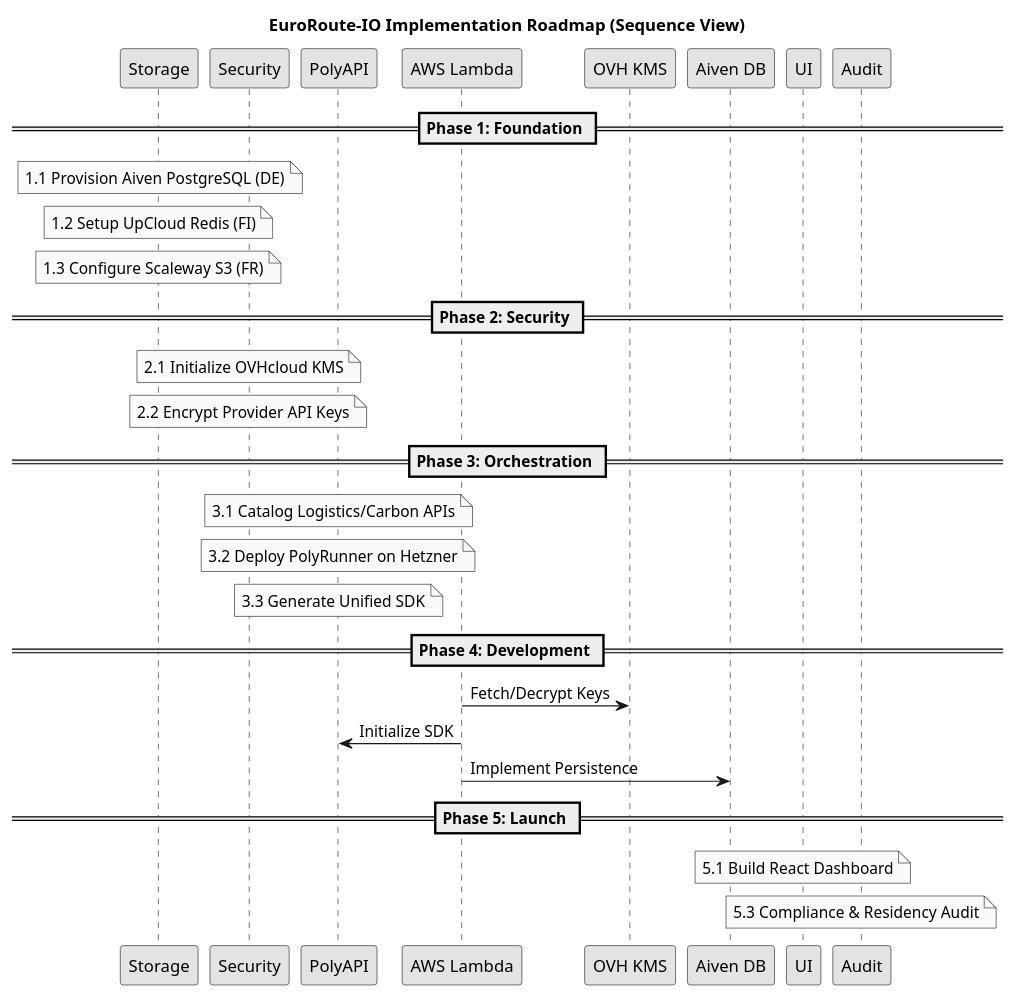
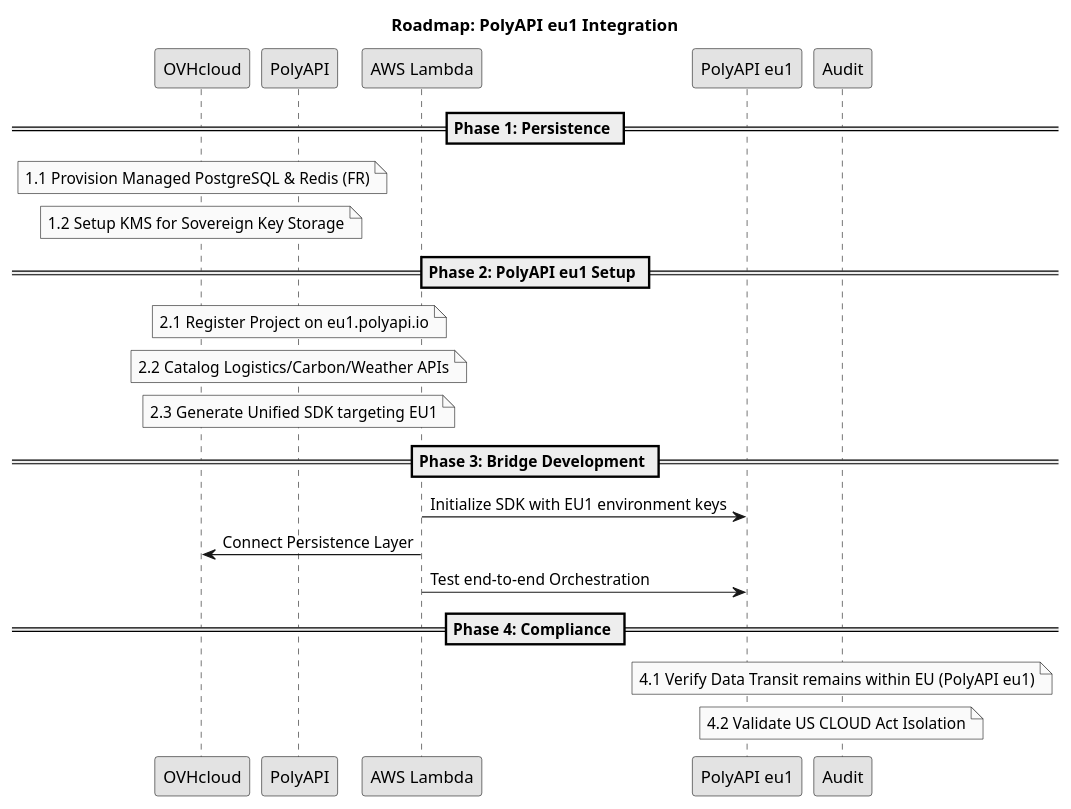
The diagram in roadmap.puml (ProductDock/green-logistics-optimizer), drawn with PlantUML before and after one commit. The commit also changed 3 other files, not shown here.

```diff
--- a/roadmap.puml
+++ b/roadmap.puml
@@ -1,29 +1,24 @@
 @startuml
 skinparam monochrome true
 skinparam shadowing false
 
-title EuroRoute-IO Implementation Roadmap (Sequence View)
+title Roadmap: PolyAPI eu1 Integration
 
-== Phase 1: Foundation ==
-Note over "Storage": 1.1 Provision Aiven PostgreSQL (DE)
-Note over "Storage": 1.2 Setup UpCloud Redis (FI)
-Note over "Storage": 1.3 Configure Scaleway S3 (FR)
+== Phase 1: Persistence ==
+Note over "OVHcloud": 1.1 Provision Managed PostgreSQL & Redis (FR)
+Note over "OVHcloud": 1.2 Setup KMS for Sovereign Key Storage
 
-== Phase 2: Security ==
-Note over "Security": 2.1 Initialize OVHcloud KMS
-Note over "Security": 2.2 Encrypt Provider API Keys
+== Phase 2: PolyAPI eu1 Setup ==
+Note over "PolyAPI": 2.1 Register Project on eu1.polyapi.io
+Note over "PolyAPI": 2.2 Catalog Logistics/Carbon/Weather APIs
+Note over "PolyAPI": 2.3 Generate Unified SDK targeting EU1
 
-== Phase 3: Orchestration ==
-Note over "PolyAPI": 3.1 Catalog Logistics/Carbon APIs
-Note over "PolyAPI": 3.2 Deploy PolyRunner on Hetzner
-Note over "PolyAPI": 3.3 Generate Unified SDK
+== Phase 3: Bridge Development ==
+"AWS Lambda" -> "PolyAPI eu1": Initialize SDK with EU1 environment keys
+"AWS Lambda" -> "OVHcloud": Connect Persistence Layer
+"AWS Lambda" -> "PolyAPI eu1": Test end-to-end Orchestration
 
-== Phase 4: Development ==
-"AWS Lambda" -> "OVH KMS": Fetch/Decrypt Keys
-"AWS Lambda" -> "PolyAPI": Initialize SDK
-"AWS Lambda" -> "Aiven DB": Implement Persistence
-
-== Phase 5: Launch ==
-Note over "UI": 5.1 Build React Dashboard
-Note over "Audit": 5.3 Compliance & Residency Audit
+== Phase 4: Compliance ==
+Note over "Audit": 4.1 Verify Data Transit remains within EU (PolyAPI eu1)
+Note over "Audit": 4.2 Validate US CLOUD Act Isolation
 @enduml
```
